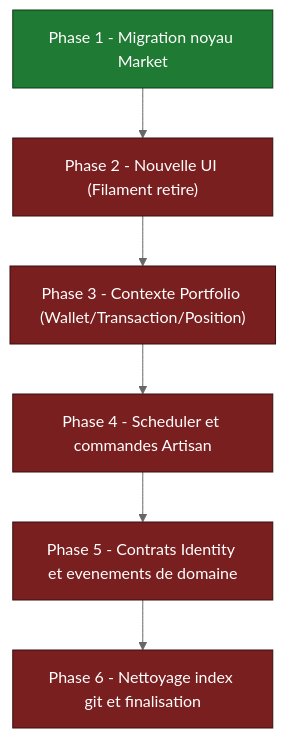
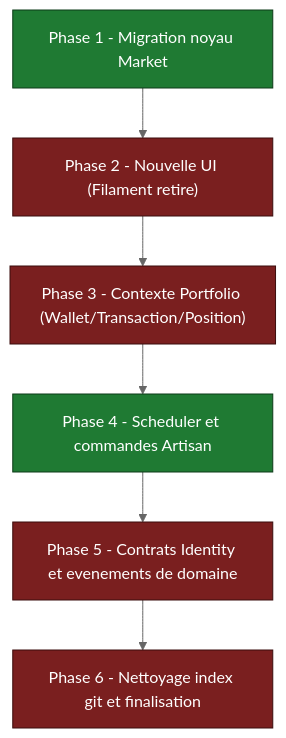
The diagram in docs/refactor-status.md (yanntyb/portefeuille), drawn with Mermaid (neutral theme) before and after one commit. The commit also changed other lines of this file and 1 other file, not shown here.

````diff
--- a/docs/refactor-status.md
+++ b/docs/refactor-status.md
@@ -107,26 +107,26 @@
 ```mermaid
 flowchart TD
     P1["Phase 1 - Migration noyau Market"]
     P2["Phase 2 - Nouvelle UI (Filament retire)"]
     P3["Phase 3 - Contexte Portfolio (Wallet/Transaction/Position)"]
     P4["Phase 4 - Scheduler et commandes Artisan"]
     P5["Phase 5 - Contrats Identity et evenements de domaine"]
     P6["Phase 6 - Nettoyage index git et finalisation"]
 
     P1 --> P2
     P2 --> P3
     P3 --> P4
     P4 --> P5
     P5 --> P6
 
     classDef done fill:#1f7a33,stroke:#0d3b18,color:#ffffff
     classDef wip fill:#b8860b,stroke:#5c430a,color:#ffffff
     classDef todo fill:#7a1f1f,stroke:#3b0d0d,color:#ffffff
 
     class P1 done
     class P2 todo
     class P3 todo
-    class P4 todo
+    class P4 done
     class P5 todo
     class P6 todo
 ```
````
